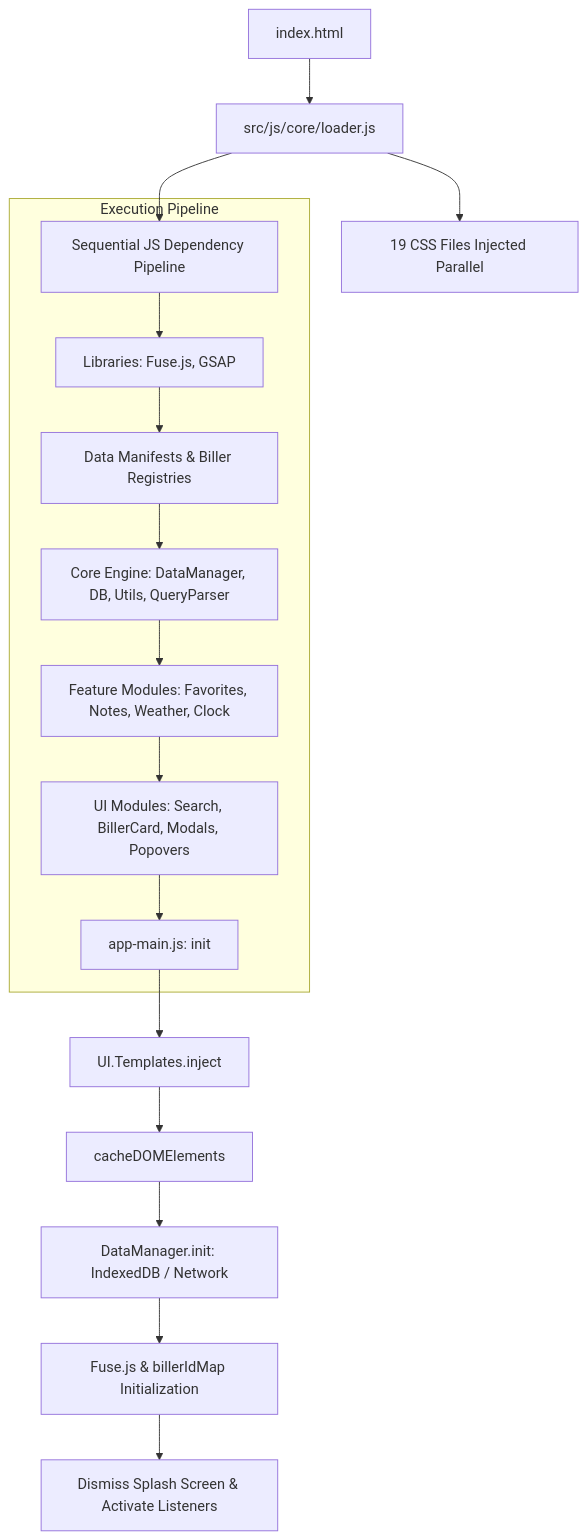
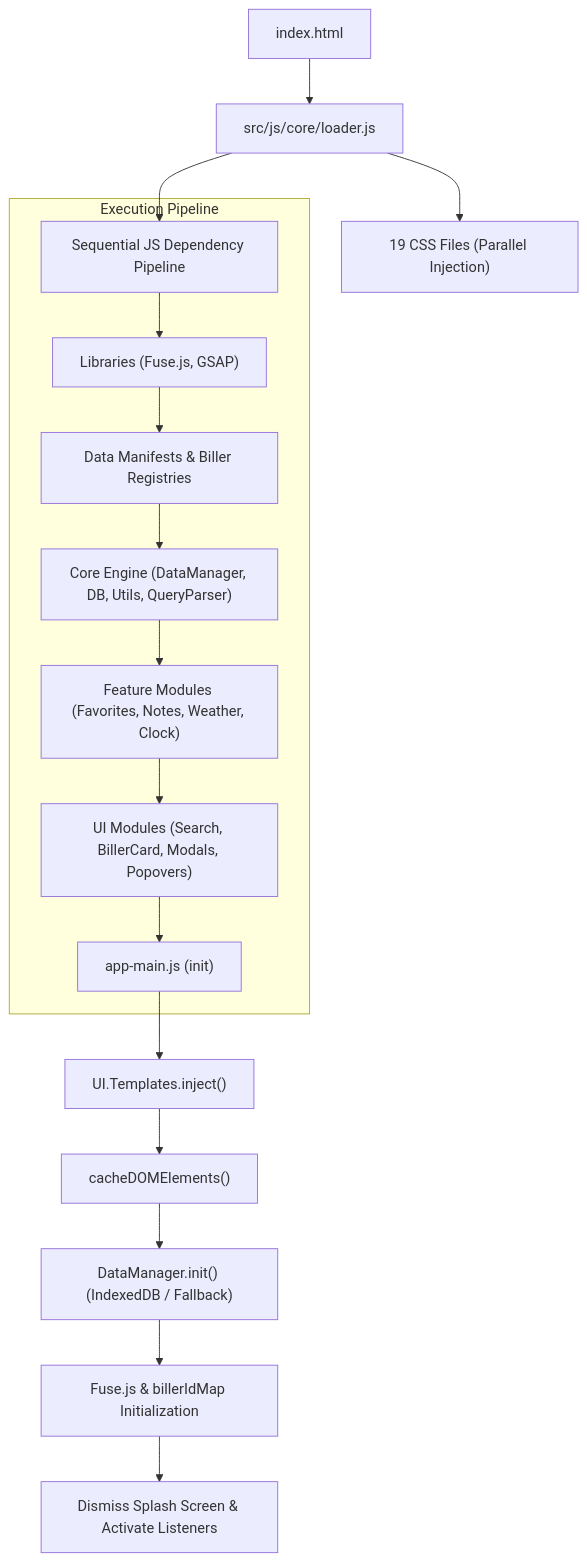
One commit to Harshil8136/chess-game1 changed the first of 2 diagrams in synced-docs/cf-admin/documentation/archive/DO NOT SCAN!/CODEBASE_REVIEW.md. Above: the diagram before and after it, drawn with Mermaid. The commit also changed other lines of this file and 4 other files, not shown here.

````diff
--- a/synced-docs/cf-admin/documentation/archive/DO NOT SCAN!/CODEBASE_REVIEW.md
+++ b/synced-docs/cf-admin/documentation/archive/DO NOT SCAN!/CODEBASE_REVIEW.md
@@ -11,21 +11,21 @@
 ```mermaid
 flowchart TD
-    Shell[index.html] --> Loader[src/js/core/loader.js]
-    Loader --> CSS[19 CSS Files Injected Parallel]
-    Loader --> JS[Sequential JS Dependency Pipeline]
+    Shell["index.html"] --> Loader["src/js/core/loader.js"]
+    Loader --> CSS["19 CSS Files (Parallel Injection)"]
+    Loader --> JS["Sequential JS Dependency Pipeline"]
     
-    subgraph Execution Pipeline
-        JS --> Libs[Libraries: Fuse.js, GSAP]
-        Libs --> DataLayer[Data Manifests & Biller Registries]
-        DataLayer --> Core[Core Engine: DataManager, DB, Utils, QueryParser]
-        Core --> Features[Feature Modules: Favorites, Notes, Weather, Clock]
-        Features --> UI[UI Modules: Search, BillerCard, Modals, Popovers]
-        UI --> Main[app-main.js: init]
+    subgraph ExecutionPipeline ["Execution Pipeline"]
+        JS --> Libs["Libraries (Fuse.js, GSAP)"]
+        Libs --> DataLayer["Data Manifests & Biller Registries"]
+        DataLayer --> Core["Core Engine (DataManager, DB, Utils, QueryParser)"]
+        Core --> Features["Feature Modules (Favorites, Notes, Weather, Clock)"]
+        Features --> UI["UI Modules (Search, BillerCard, Modals, Popovers)"]
+        UI --> Main["app-main.js (init)"]
     end
 
-    Main --> Inject[UI.Templates.inject]
-    Inject --> Cache[cacheDOMElements]
-    Cache --> Hydrate[DataManager.init: IndexedDB / Network]
-    Hydrate --> SearchInit[Fuse.js & billerIdMap Initialization]
-    SearchInit --> DismissSplash[Dismiss Splash Screen & Activate Listeners]
+    Main --> Inject["UI.Templates.inject()"]
+    Inject --> Cache["cacheDOMElements()"]
+    Cache --> Hydrate["DataManager.init() (IndexedDB / Fallback)"]
+    Hydrate --> SearchInit["Fuse.js & billerIdMap Initialization"]
+    SearchInit --> DismissSplash["Dismiss Splash Screen & Activate Listeners"]
 ```
````
